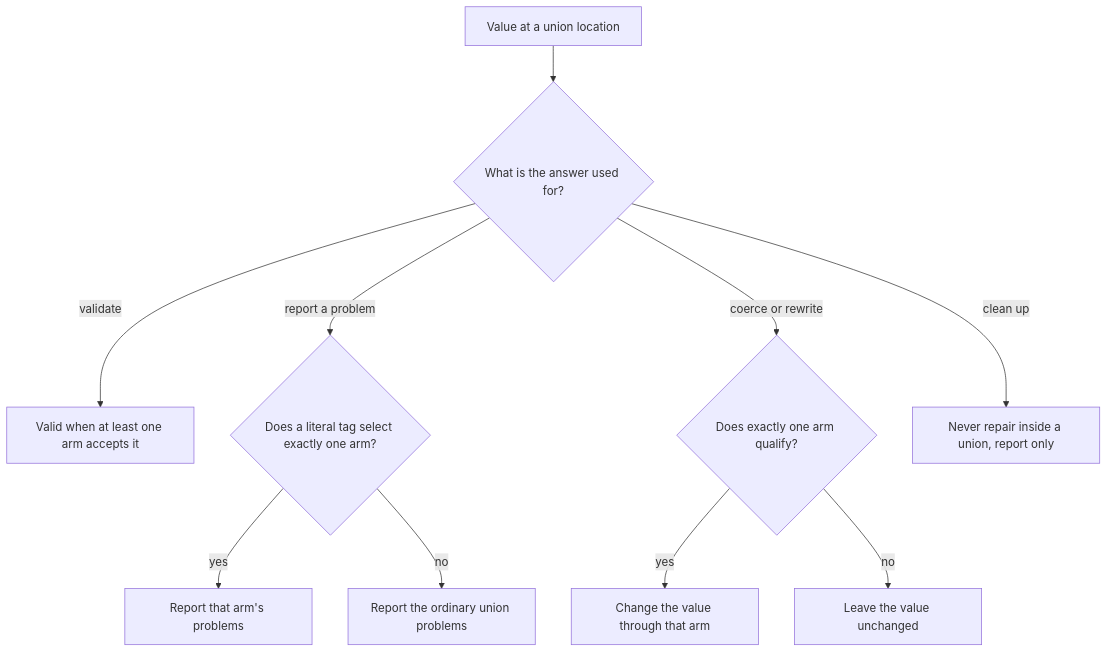
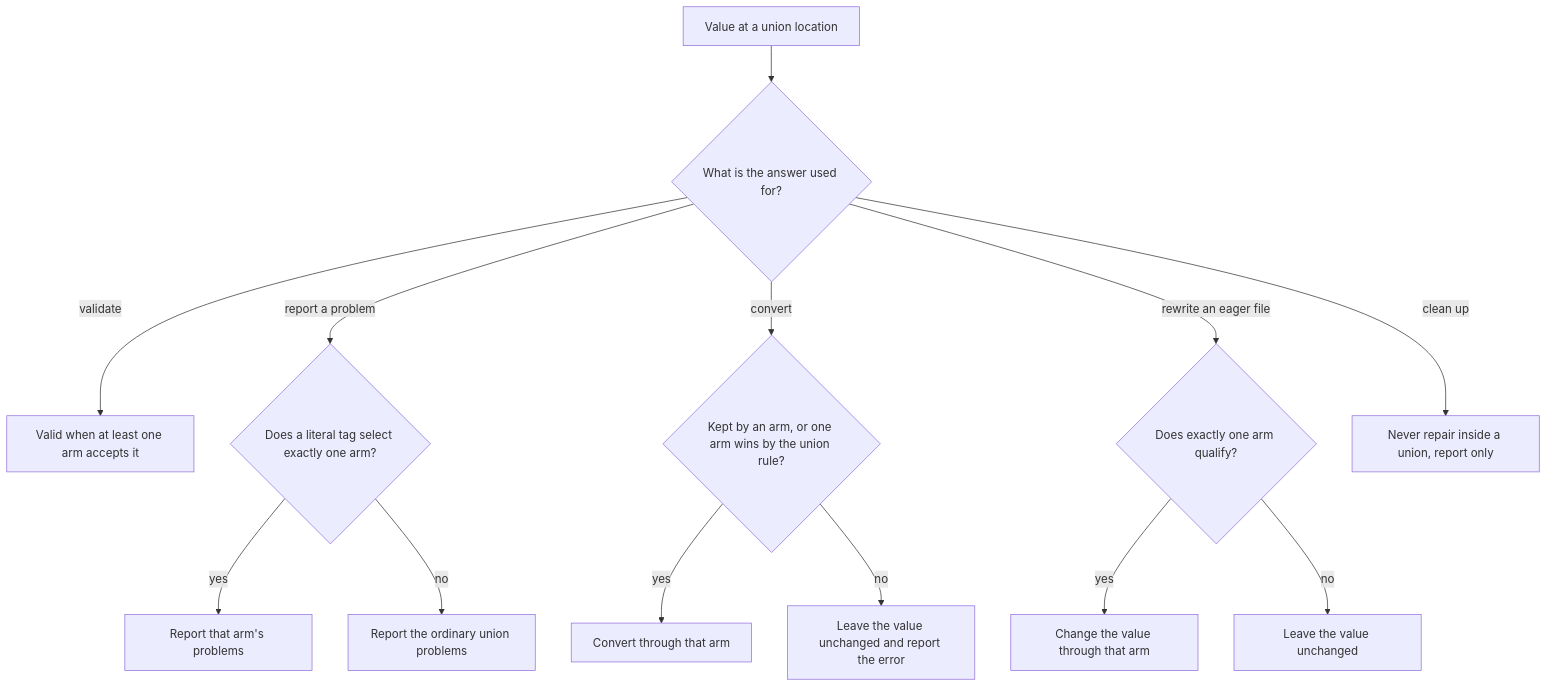
One commit to yankeeinlondon/rusty-biscuit changed the second of 9 diagrams in darkmatter/docs/topics/schemas/definition.md. Above: the diagram before and after it, drawn with Mermaid. The commit also changed other lines of this file and 148 other files, not shown here.

First line of the commit message:
feat(darkmatter): unify schema conversion and expression binding

````diff
--- a/darkmatter/docs/topics/schemas/definition.md
+++ b/darkmatter/docs/topics/schemas/definition.md
@@ -1915,12 +1915,15 @@
 ```mermaid
 flowchart TD
     V[Value at a union location] --> Q{What is the answer used for?}
     Q -->|validate| VA[Valid when at least one arm accepts it]
     Q -->|report a problem| RP{Does a literal tag select exactly one arm?}
     RP -->|yes| RN["Report that arm's problems"]
     RP -->|no| RU[Report the ordinary union problems]
-    Q -->|coerce or rewrite| TC{Does exactly one arm qualify?}
+    Q -->|convert| CV{Kept by an arm, or one arm wins by the union rule?}
+    CV -->|yes| CA[Convert through that arm]
+    CV -->|no| CU[Leave the value unchanged and report the error]
+    Q -->|rewrite an eager file| TC{Does exactly one arm qualify?}
     TC -->|yes| TA[Change the value through that arm]
     TC -->|no| TU[Leave the value unchanged]
     Q -->|clean up| CL["Never repair inside a union, report only"]
 ```
````
